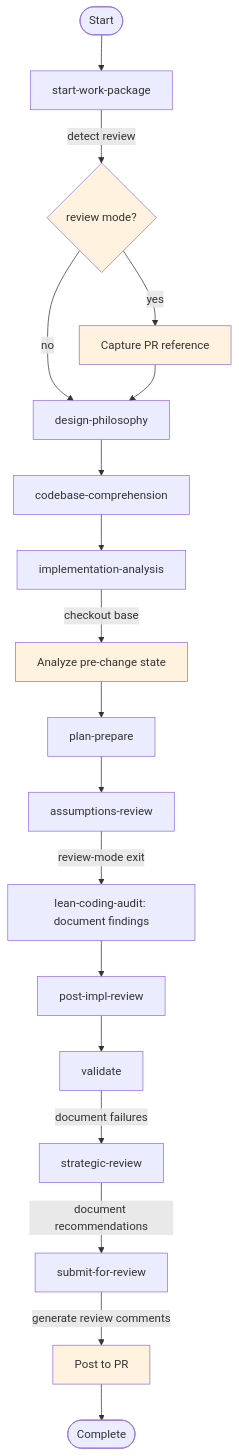
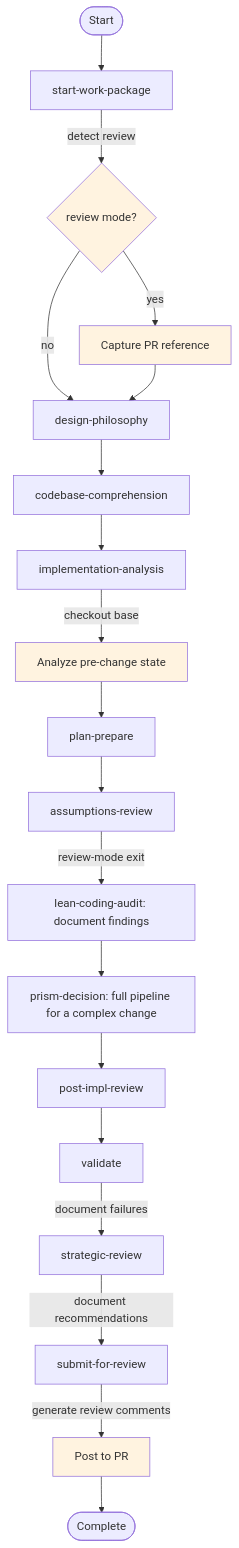
One commit to m2ux/workflow-server changed the diagram in corpus/work-package/REVIEW-MODE.md. Above: the diagram before and after it, drawn with Mermaid. The commit also changed 9 other files, not shown here.

First line of the commit message:
Settle the full prism pipeline in its own decision, on an assessed recommendation

````diff
--- a/corpus/work-package/REVIEW-MODE.md
+++ b/corpus/work-package/REVIEW-MODE.md
@@ -79,30 +79,31 @@
 ```mermaid
 graph TD
     Start([Start]) --> IM[start-work-package]
     IM -->|detect review| DETECT{review mode?}
 
     DETECT -->|yes| CAPTURE[Capture PR reference]
     DETECT -->|no| DP
 
     CAPTURE --> DP[design-philosophy]
     DP --> CC[codebase-comprehension]
     CC --> IA[implementation-analysis]
     IA -->|checkout base| BASELINE[Analyze pre-change state]
     BASELINE --> PP[plan-prepare]
 
     PP --> AR[assumptions-review]
     AR -->|review-mode exit| LCA[lean-coding-audit: document findings]
-    LCA --> PIR[post-impl-review]
+    LCA --> PD[prism-decision: full pipeline for a complex change]
+    PD --> PIR[post-impl-review]
 
     PIR --> VAL[validate]
     VAL -->|document failures| SR[strategic-review]
 
     SR -->|document recommendations| UPR[submit-for-review]
     UPR -->|generate review comments| POST[Post to PR]
     POST --> Done([Complete])
 
     style DETECT fill:#fff3e0
     style CAPTURE fill:#fff3e0
     style BASELINE fill:#fff3e0
     style POST fill:#fff3e0
 ```
````
